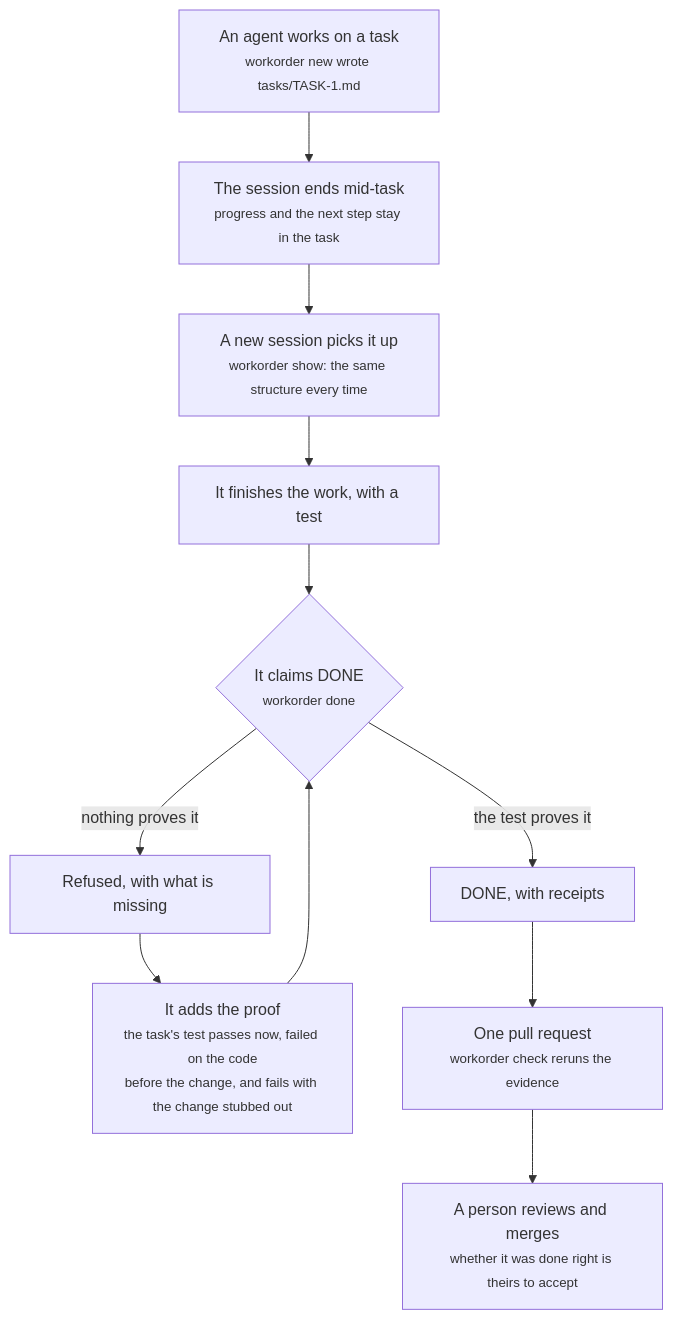
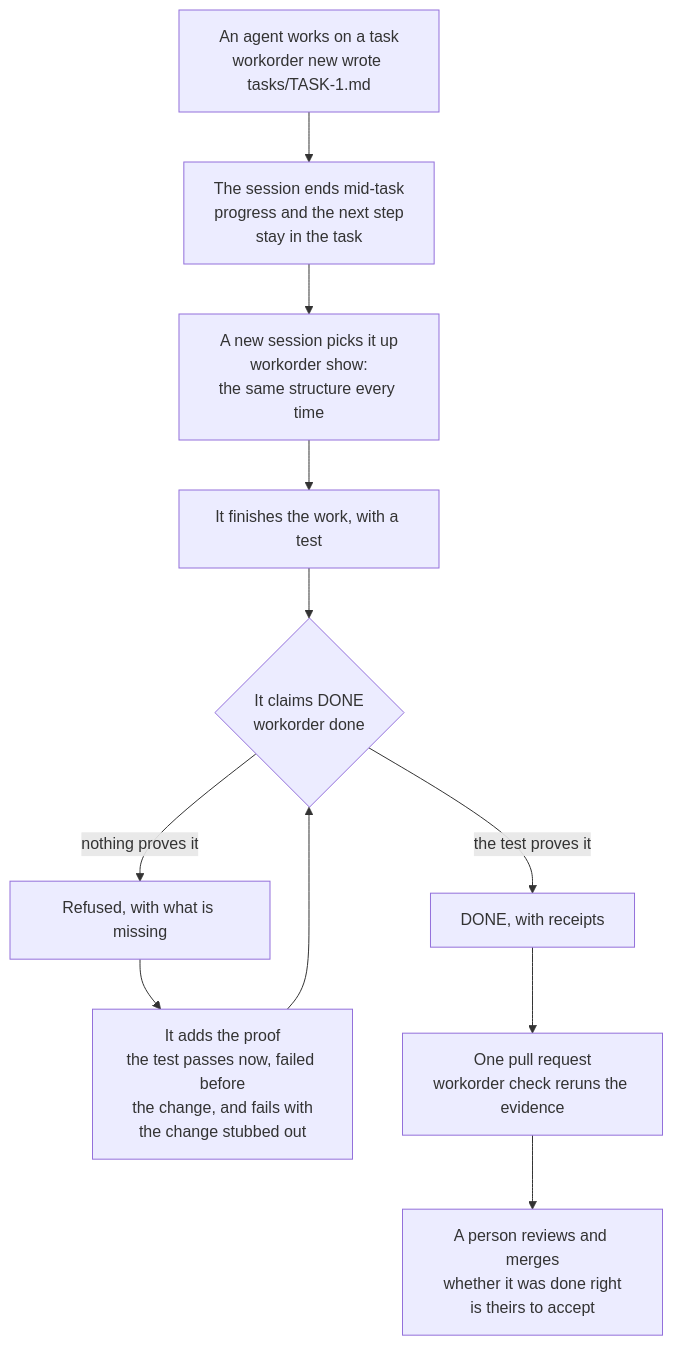
Before and after one commit to Argento17/notquite: the diagram in README.md, drawn with Mermaid. The commit also changed 2 other files, not shown here.

Commit message:
Charts: plain text lines; GitHub cut off the small-text lines
GitHub sizes a box for <small> text but draws it at full size, so each box's second line was clipped. Every chart line is now plain text, and a test keeps <small> out of the charts.

````diff
--- a/README.md
+++ b/README.md
@@ -9,13 +9,13 @@
 ```mermaid
 flowchart TD
-    A["An agent works on a task<br/><small>workorder new wrote tasks/TASK-1.md</small>"] --> B["The session ends mid-task<br/><small>progress and the next step stay in the task</small>"]
-    B --> C["A new session picks it up<br/><small>workorder show: the same structure every time</small>"]
+    A["An agent works on a task<br/>workorder new wrote tasks/TASK-1.md"] --> B["The session ends mid-task<br/>progress and the next step<br/>stay in the task"]
+    B --> C["A new session picks it up<br/>workorder show:<br/>the same structure every time"]
     C --> D["It finishes the work, with a test"]
-    D --> E{"It claims DONE<br/><small>workorder done</small>"}
+    D --> E{"It claims DONE<br/>workorder done"}
     E -- "nothing proves it" --> F["Refused, with what is missing"]
-    F --> G["It adds the proof<br/><small>the task's test passes now, failed on the code<br/>before the change, and fails with the change stubbed out</small>"]
+    F --> G["It adds the proof<br/>the test passes now, failed before<br/>the change, and fails with<br/>the change stubbed out"]
     G --> E
     E -- "the test proves it" --> H["DONE, with receipts"]
-    H --> I["One pull request<br/><small>workorder check reruns the evidence</small>"]
-    I --> J["A person reviews and merges<br/><small>whether it was done right is theirs to accept</small>"]
+    H --> I["One pull request<br/>workorder check reruns the evidence"]
+    I --> J["A person reviews and merges<br/>whether it was done right<br/>is theirs to accept"]
 ```
````
